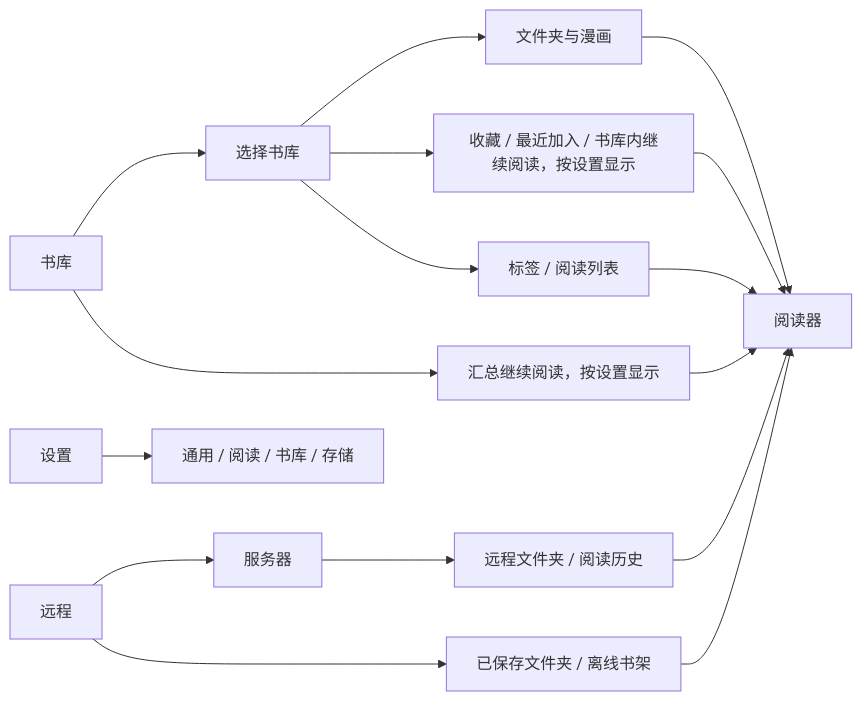
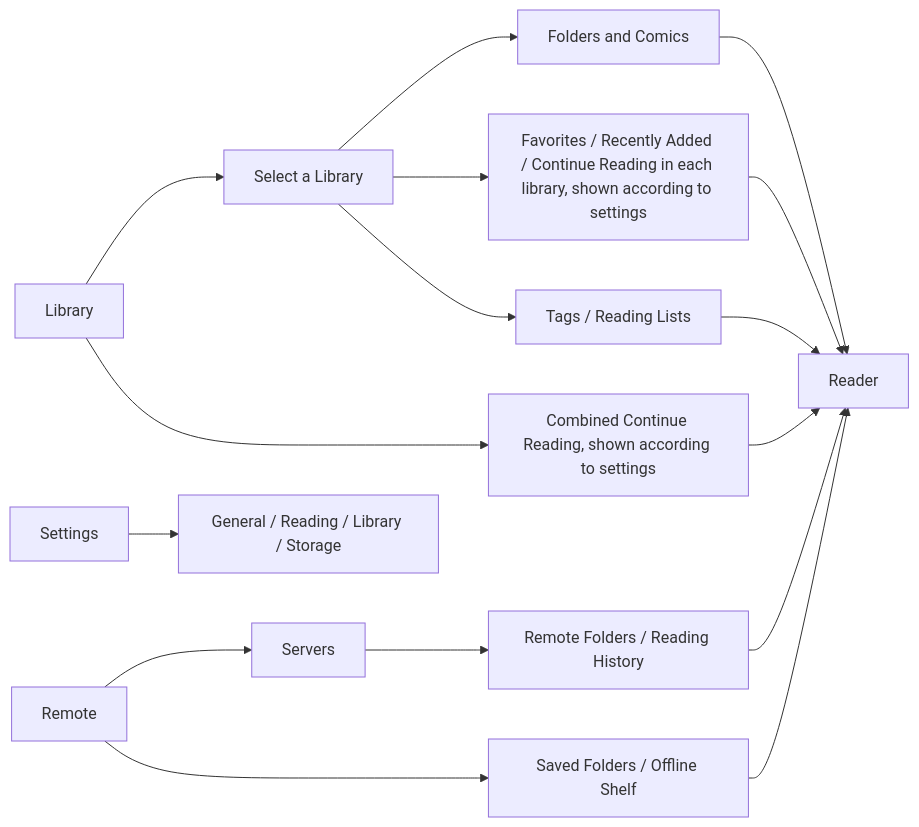
The diagram in docs/design-requirements.md (OJZen/JamReader-iOS), drawn with Mermaid before and after one commit. The commit also changed other lines of this file and 56 other files, not shown here.

````diff
--- a/docs/design-requirements.md
+++ b/docs/design-requirements.md
@@ -46,18 +46,18 @@
 ```mermaid
 flowchart LR
-    A[书库] --> B[选择书库]
-    A --> L[汇总继续阅读，按设置显示]
-    B --> C[文件夹与漫画]
-    B --> D[收藏 / 最近加入 / 书库内继续阅读，按设置显示]
-    B --> E[标签 / 阅读列表]
-    F[远程] --> G[服务器]
-    G --> H[远程文件夹 / 阅读历史]
-    F --> I[已保存文件夹 / 离线书架]
-    C --> R[阅读器]
+    A[Library] --> B[Select a Library]
+    A --> L[Combined Continue Reading, shown according to settings]
+    B --> C[Folders and Comics]
+    B --> D[Favorites / Recently Added / Continue Reading in each library, shown according to settings]
+    B --> E[Tags / Reading Lists]
+    F[Remote] --> G[Servers]
+    G --> H[Remote Folders / Reading History]
+    F --> I[Saved Folders / Offline Shelf]
+    C --> R[Reader]
     D --> R
     L --> R
     E --> R
     H --> R
     I --> R
-    S[设置] --> T[通用 / 阅读 / 书库 / 存储]
+    S[Settings] --> T[General / Reading / Library / Storage]
 ```
````
